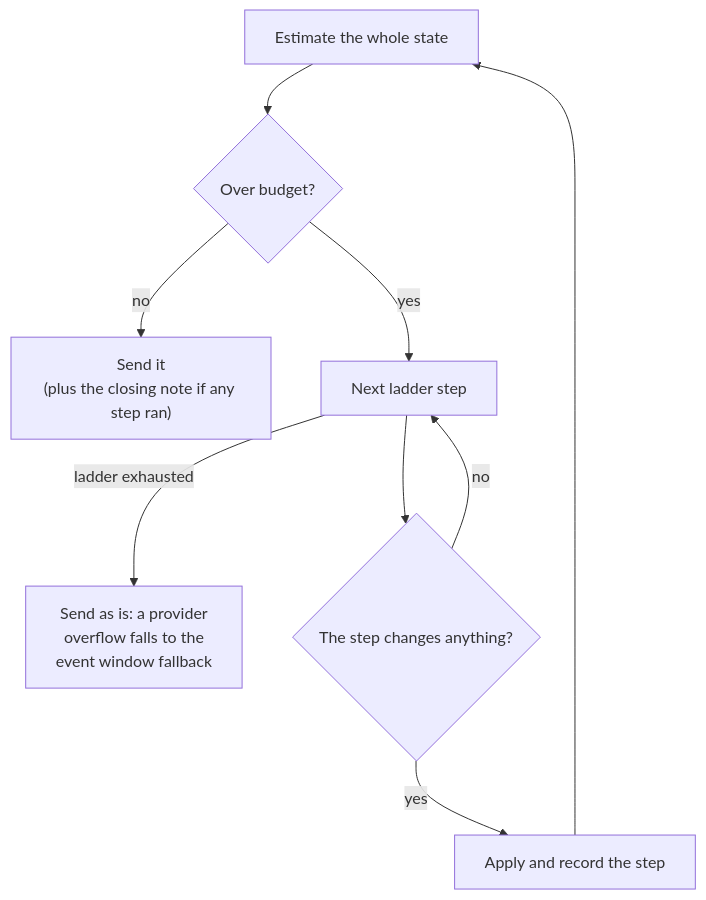
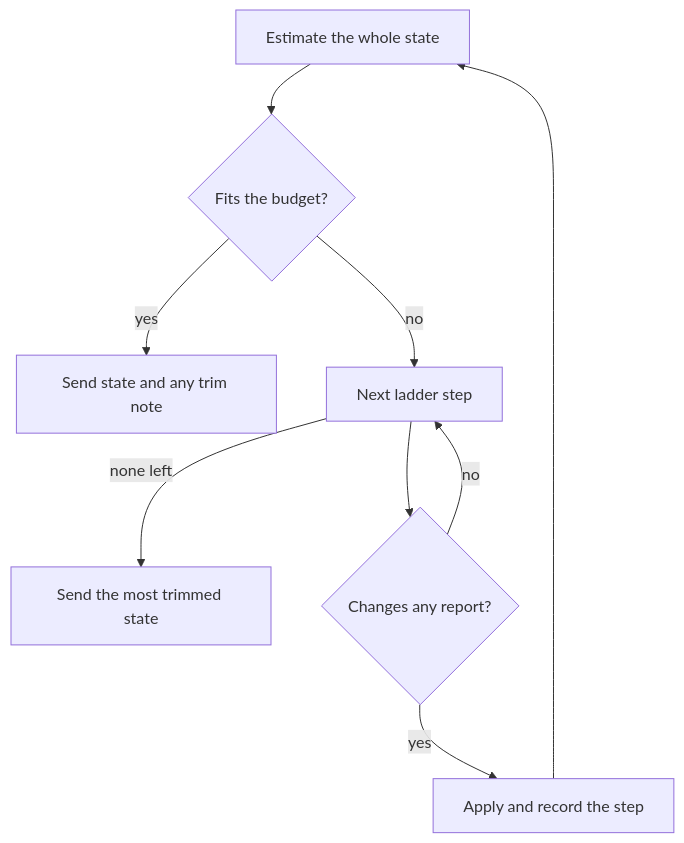
Before and after one commit to vox-deorum/vox-deorum: the diagram in docs/developers/vox-agents/agents/strategists/evaluator-trimming.md, drawn with Mermaid. The commit also changed other lines of this file and 37 other files, not shown here.

````diff
--- a/docs/developers/vox-agents/agents/strategists/evaluator-trimming.md
+++ b/docs/developers/vox-agents/agents/strategists/evaluator-trimming.md
@@ -39,10 +11,10 @@
 ```mermaid
 flowchart TD
-  A["Estimate the whole state"] --> B{"Over budget?"}
-  B -->|no| Z["Send it<br/>(plus the closing note if any step ran)"]
-  B -->|yes| C["Next ladder step"]
-  C -->|ladder exhausted| Y["Send as is: a provider<br/>overflow falls to the<br/>event window fallback"]
-  C --> D{"The step changes anything?"}
+  A[Estimate the whole state] --> B{Fits the budget?}
+  B -->|yes| Z[Send state and any trim note]
+  B -->|no| C[Next ladder step]
+  C -->|none left| Y[Send the most trimmed state]
+  C --> D{Changes any report?}
   D -->|no| C
-  D -->|yes| E["Apply and record the step"] --> A
+  D -->|yes| E[Apply and record the step] --> A
 ```
````
